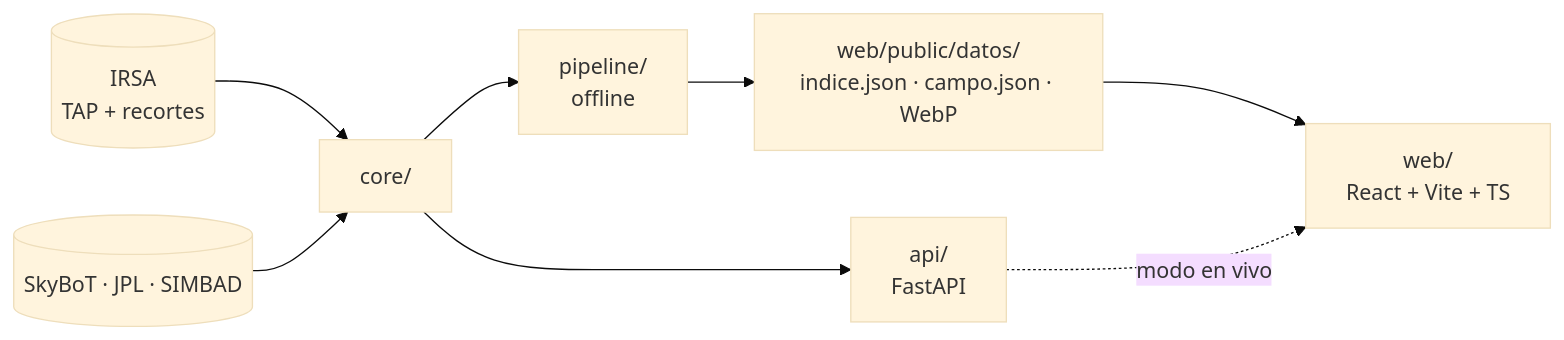
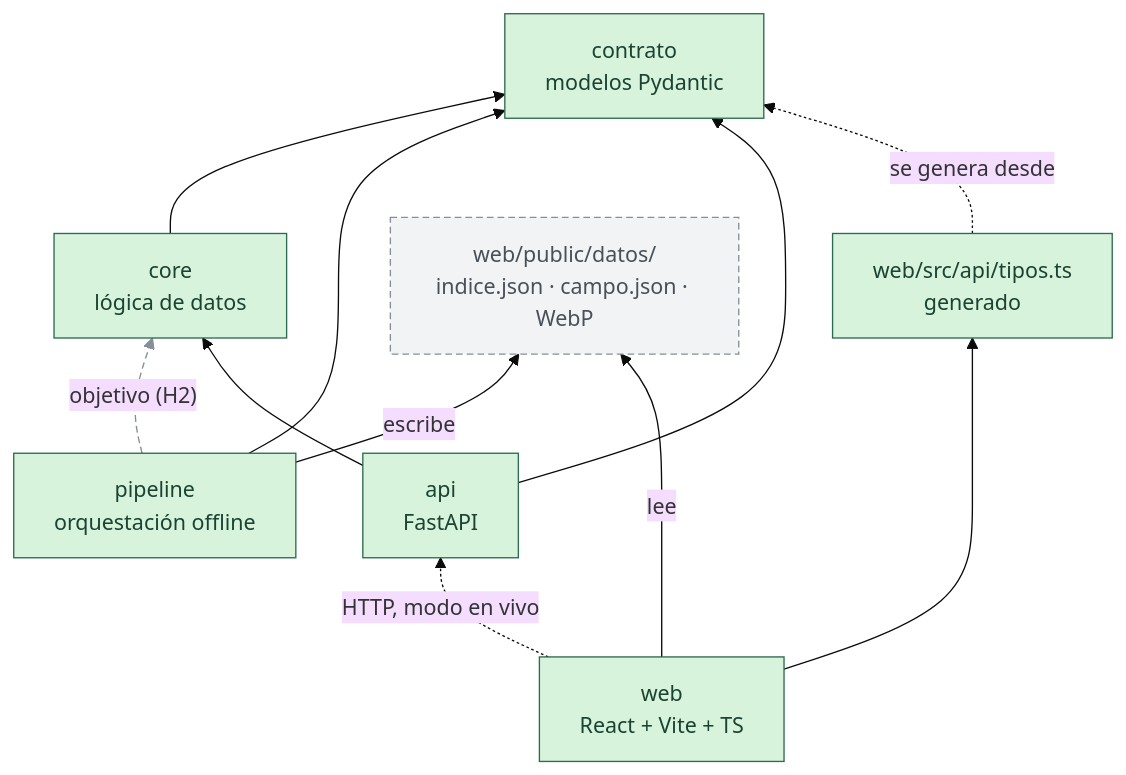
Before and after one commit to lautaromoreyraa/spherex-blink: the third of 10 diagrams in README.md, drawn with Mermaid (base theme). The commit also changed other lines of this file, not shown here.

First line of the commit message:
TAR-01: Reescribe el README con la arquitectura en diagramas

````diff
--- a/README.md
+++ b/README.md
@@ -88,10 +111,25 @@
 ```mermaid
-flowchart LR
-    IRSA[(IRSA<br/>TAP + recortes)] --> core[core/]
-    CAT[(SkyBoT · JPL · SIMBAD)] --> core
-    core --> pipe[pipeline/<br/>offline]
-    pipe --> est[web/public/datos/<br/>indice.json · campo.json · WebP]
-    core --> api[api/<br/>FastAPI]
-    est --> web[web/<br/>React + Vite + TS]
-    api -. modo en vivo .-> web
+flowchart BT
+    contrato["contrato<br/>modelos Pydantic"]:::hecho
+    core["core<br/>lógica de datos"]:::hecho
+    pipeline["pipeline<br/>orquestación offline"]:::hecho
+    api["api<br/>FastAPI"]:::hecho
+    tipos["web/src/api/tipos.ts<br/>generado"]:::hecho
+    datos["web/public/datos/<br/>indice.json · campo.json · WebP"]:::objetivo
+    web["web<br/>React + Vite + TS"]:::hecho
+
+    core --> contrato
+    pipeline -. "objetivo (H2)" .-> core
+    pipeline --> contrato
+    api --> core
+    api --> contrato
+    tipos -. "se genera desde" .-> contrato
+    web --> tipos
+    pipeline -- "escribe" --> datos
+    web -- "lee" --> datos
+    web -. "HTTP, modo en vivo" .-> api
+
+    linkStyle 1 stroke:#868e96,stroke-dasharray:5 3
+    classDef hecho fill:#d8f3dc,stroke:#2d6a4f,color:#1b4332
+    classDef objetivo fill:#f1f3f5,stroke:#868e96,stroke-dasharray:5 3,color:#495057
 ```
````
